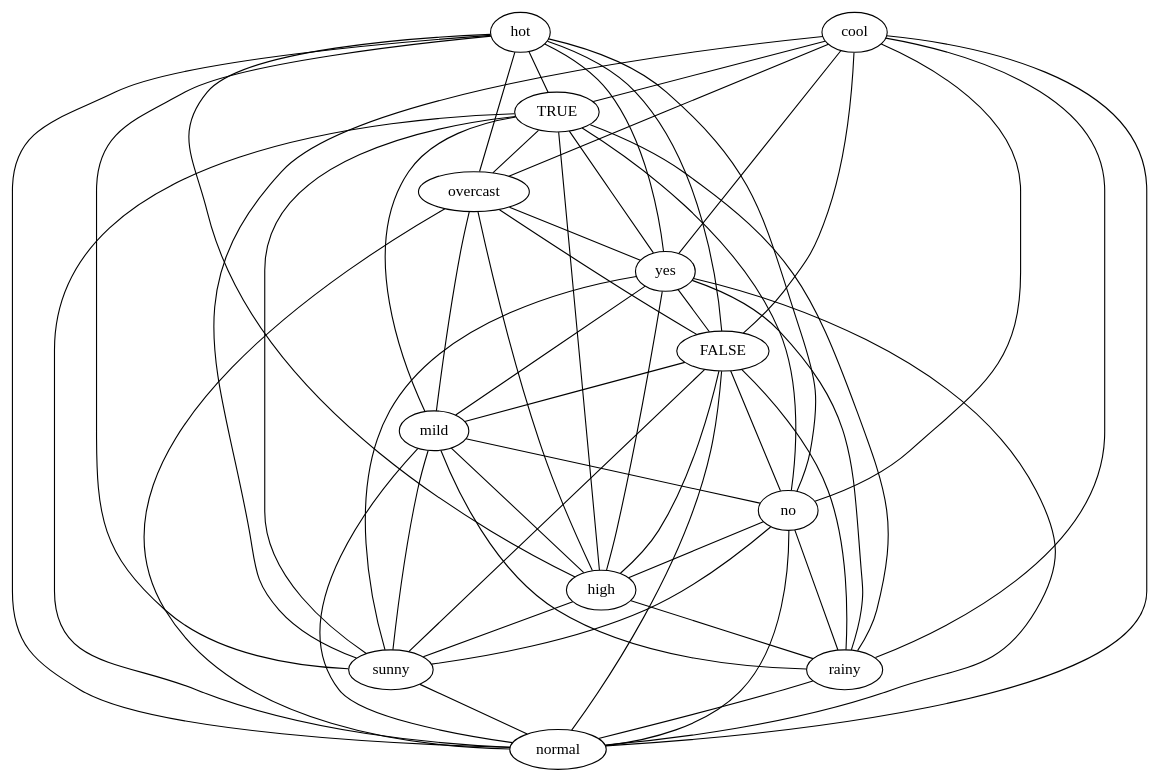
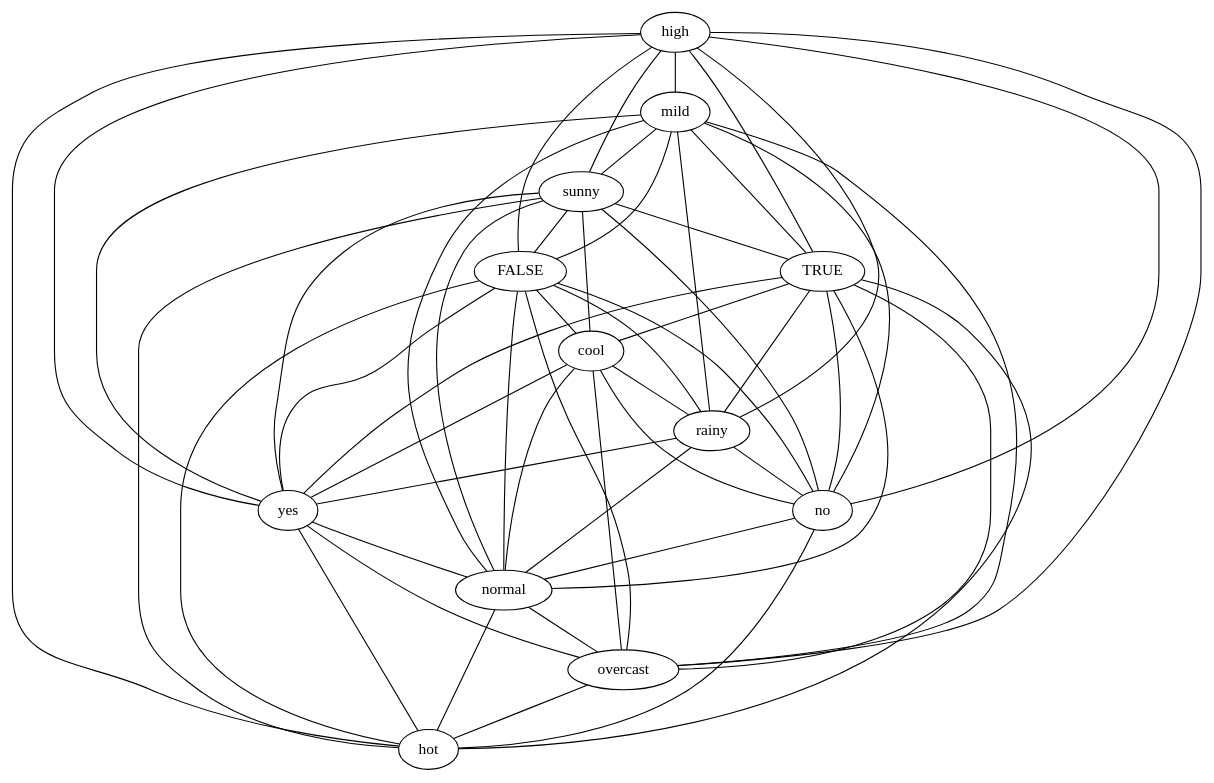
The diagram in src/final/planarGraph.dot (lrodrin/TFG), drawn with Graphviz before and after one commit. The commit also changed 5 other files, not shown here.

Commit message:
solucionat l'error que dónava a la creació del linear graph. acabats planar i linear grafs.

```diff
--- a/src/final/planarGraph.dot
+++ b/src/final/planarGraph.dot
@@ -1,68 +1,68 @@
 strict graph "" {
+high;
+mild;
+sunny;
+FALSE;
+TRUE;
+cool;
+rainy;
+yes;
+no;
+normal;
+overcast;
 hot;
-cool;
-TRUE;
-overcast;
-yes;
-FALSE;
-mild;
-no;
-high;
-rainy;
-sunny;
-normal;
-hot -- overcast  [color=black];
-hot -- yes  [color=black];
-hot -- sunny  [color=black];
-hot -- normal  [color=black];
-hot -- TRUE  [color=black];
-hot -- no  [color=black];
-hot -- high  [color=black];
-hot -- FALSE  [color=black];
+high -- mild  [color=black];
+high -- overcast  [color=black];
+high -- sunny  [color=black];
+high -- FALSE  [color=black];
+high -- TRUE  [color=black];
+high -- hot  [color=black];
+high -- rainy  [color=black];
+high -- yes  [color=black];
+high -- no  [color=black];
+mild -- overcast  [color=black];
+mild -- sunny  [color=black];
+mild -- TRUE  [color=black];
+mild -- FALSE  [color=black];
+mild -- yes  [color=black];
+mild -- normal  [color=black];
+mild -- rainy  [color=black];
+mild -- no  [color=black];
+sunny -- cool  [color=black];
+sunny -- FALSE  [color=black];
+sunny -- TRUE  [color=black];
+sunny -- hot  [color=black];
+sunny -- normal  [color=black];
+sunny -- yes  [color=black];
+sunny -- no  [color=black];
+FALSE -- rainy  [color=black];
+FALSE -- cool  [color=black];
+FALSE -- overcast  [color=black];
+FALSE -- hot  [color=black];
+FALSE -- normal  [color=black];
+FALSE -- yes  [color=black];
+FALSE -- no  [color=black];
+TRUE -- overcast  [color=black];
+TRUE -- cool  [color=black];
+TRUE -- hot  [color=black];
+TRUE -- normal  [color=black];
+TRUE -- rainy  [color=black];
+TRUE -- yes  [color=black];
+TRUE -- no  [color=black];
 cool -- overcast  [color=black];
-cool -- sunny  [color=black];
 cool -- normal  [color=black];
-cool -- TRUE  [color=black];
+cool -- yes  [color=black];
+cool -- rainy  [color=black];
 cool -- no  [color=black];
-cool -- yes  [color=black];
-cool -- FALSE  [color=black];
-cool -- rainy  [color=black];
-TRUE -- overcast  [color=black];
-TRUE -- yes  [color=black];
-TRUE -- high  [color=black];
-TRUE -- no  [color=black];
-TRUE -- sunny  [color=black];
-TRUE -- rainy  [color=black];
-TRUE -- mild  [color=black];
-TRUE -- normal  [color=black];
-overcast -- yes  [color=black];
-overcast -- high  [color=black];
-overcast -- FALSE  [color=black];
-overcast -- mild  [color=black];
-overcast -- normal  [color=black];
+rainy -- normal  [color=black];
+rainy -- yes  [color=black];
+rainy -- no  [color=black];
+yes -- overcast  [color=black];
+yes -- hot  [color=black];
 yes -- normal  [color=black];
-yes -- high  [color=black];
-yes -- FALSE  [color=black];
-yes -- sunny  [color=black];
-yes -- rainy  [color=black];
-yes -- mild  [color=black];
-FALSE -- high  [color=black];
-FALSE -- no  [color=black];
-FALSE -- sunny  [color=black];
-FALSE -- rainy  [color=black];
-FALSE -- mild  [color=black];
-FALSE -- normal  [color=black];
-mild -- sunny  [color=black];
-mild -- normal  [color=black];
-mild -- no  [color=black];
-mild -- high  [color=black];
-mild -- rainy  [color=black];
-no -- sunny  [color=black];
-no -- high  [color=black];
-no -- rainy  [color=black];
+no -- hot  [color=black];
 no -- normal  [color=black];
-high -- sunny  [color=black];
-high -- rainy  [color=black];
-rainy -- normal  [color=black];
-sunny -- normal  [color=black];
+normal -- overcast  [color=black];
+normal -- hot  [color=black];
+overcast -- hot  [color=black];
 }
```
